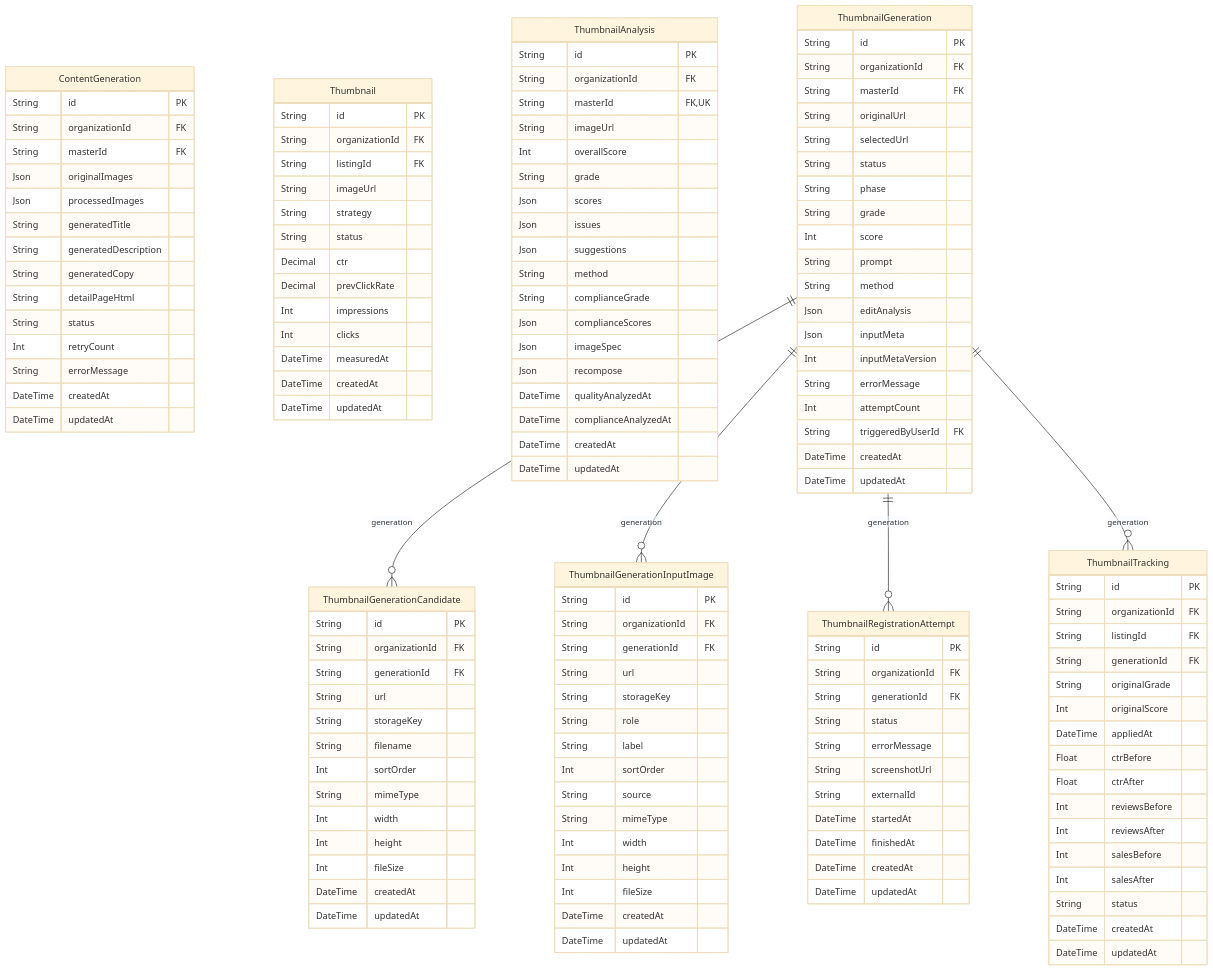
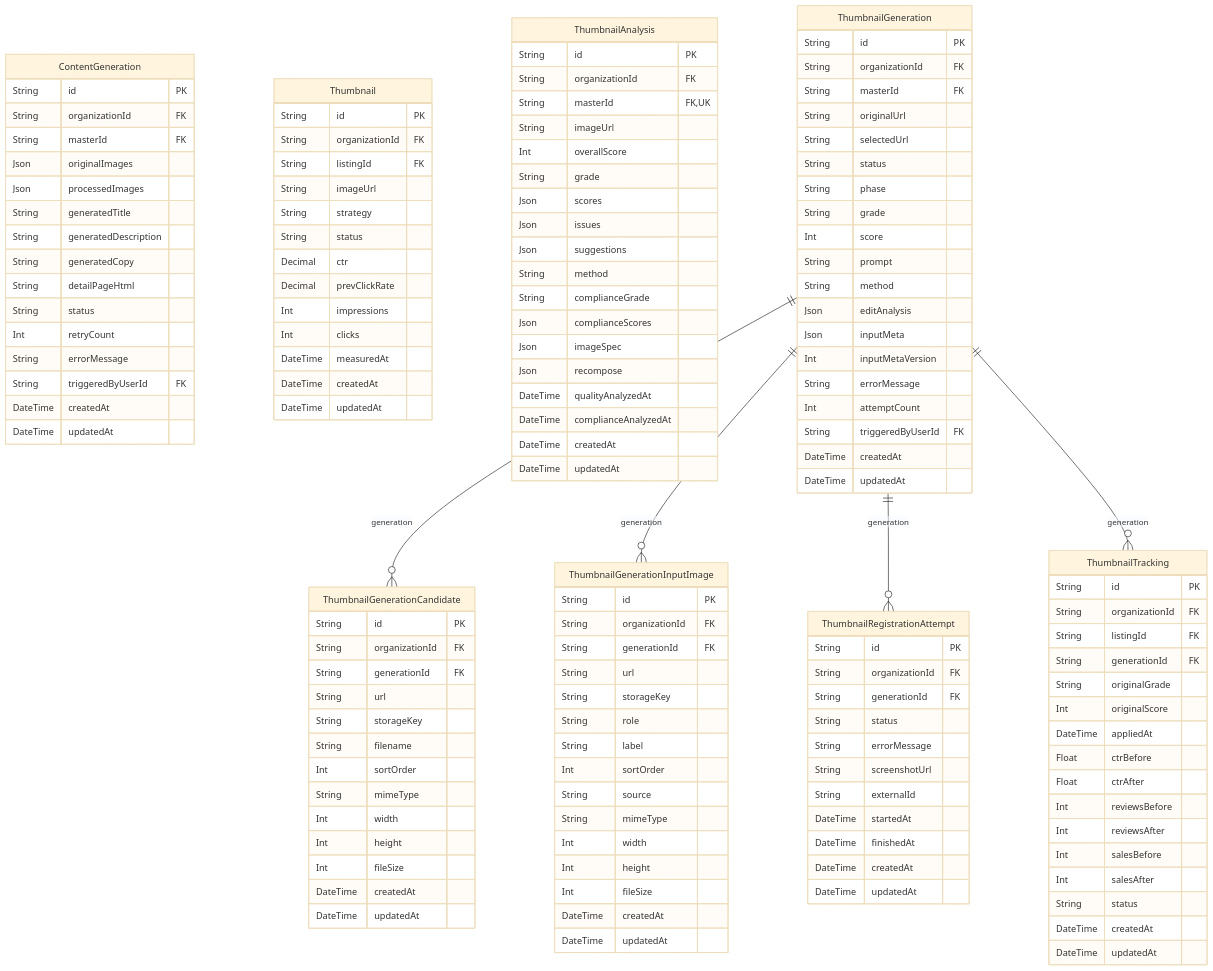
The diagram in docs/erd/ai.md (AgentFoundry-Labs/kiditem), drawn with Mermaid (base theme) before and after one commit. The commit also changed other lines of this file and 28 other files, not shown here.

Commit message:
feat: add alert operation ledger schema

```diff
--- a/docs/erd/ai.md
+++ b/docs/erd/ai.md
@@ -35,6 +35,7 @@
     String status
     Int retryCount
     String errorMessage
+    String triggeredByUserId FK
     DateTime createdAt
     DateTime updatedAt
   }
```
